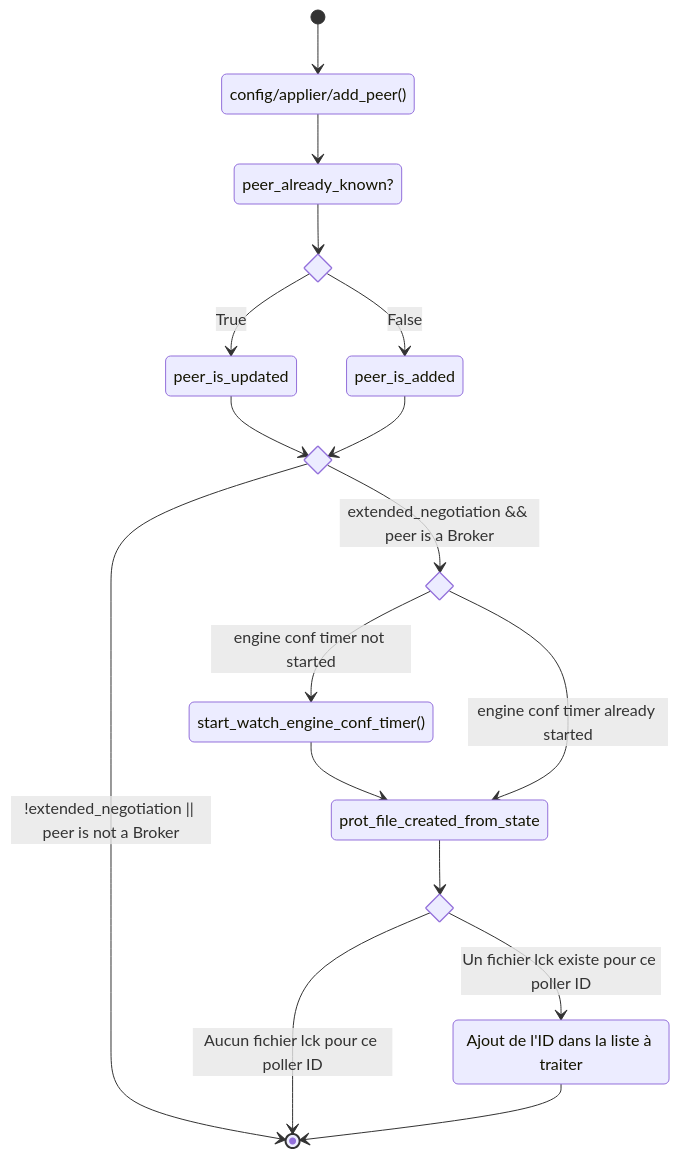
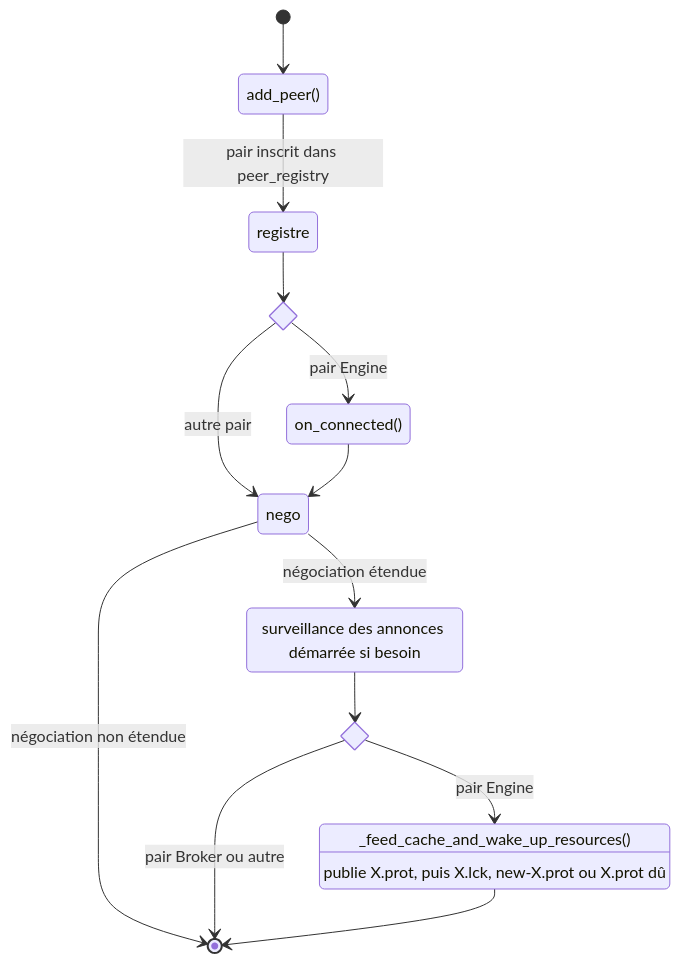
One commit to centreon/centreon-collect changed the third of 13 diagrams in doc/nego-engine-broker/02-configuration-delivery-fr.md. Above: the diagram before and after it, drawn with Mermaid. The commit also changed other lines of this file and 3 other files, not shown here.

````diff
--- a/doc/nego-engine-broker/02-configuration-delivery-fr.md
+++ b/doc/nego-engine-broker/02-configuration-delivery-fr.md
@@ -273,25 +272,21 @@
 ```mermaid
 stateDiagram-v2
-    [*] --> config/applier/add_peer()
-    config/applier/add_peer() --> peer_already_known?
-    state if_state <<choice>>
-    peer_already_known? --> if_state
-    if_state --> peer_is_updated:True
-    if_state --> peer_is_added:False
-    state extended_nego <<choice>>
-    peer_is_updated --> extended_nego
-    peer_is_added --> extended_nego
-    extended_nego --> [*]: !extended_negotiation || peer is not a Broker
-    state if_watch_engine_timer_started <<choice>>
-    extended_nego --> if_watch_engine_timer_started: extended_negotiation && peer is a Broker
-    if_watch_engine_timer_started --> start_watch_engine_conf_timer(): engine conf timer not started
-    start_watch_engine_conf_timer() --> prot_file_created_from_state
-    if_watch_engine_timer_started --> prot_file_created_from_state: engine conf timer already started
-
-    state if_existing_lck_file_for_current_poller_id <<choice>>
-    prot_file_created_from_state --> if_existing_lck_file_for_current_poller_id
-    if_existing_lck_file_for_current_poller_id --> keep_lck_file_in_memory: Un fichier lck existe pour ce poller ID
-    if_existing_lck_file_for_current_poller_id --> [*]: Aucun fichier lck pour ce poller ID
-    keep_lck_file_in_memory: Ajout de l'ID dans la liste à traiter
-    keep_lck_file_in_memory --> [*]
+    [*] --> add_peer()
+    add_peer() --> registre : pair inscrit dans peer_registry
+    state type_conf <<choice>>
+    registre --> type_conf
+    type_conf --> on_connected() : pair Engine
+    type_conf --> nego : autre pair
+    on_connected() --> nego
+    state nego <<choice>>
+    nego --> [*] : négociation non étendue
+    nego --> surveillance : négociation étendue
+    surveillance : surveillance des annonces démarrée si besoin
+    state type_feed <<choice>>
+    surveillance --> type_feed
+    type_feed --> [*] : pair Broker ou autre
+    type_feed --> feed : pair Engine
+    feed : _feed_cache_and_wake_up_resources()
+    feed : publie X.prot, puis X.lck, new-X.prot ou X.prot dû
+    feed --> [*]
 ```
````
